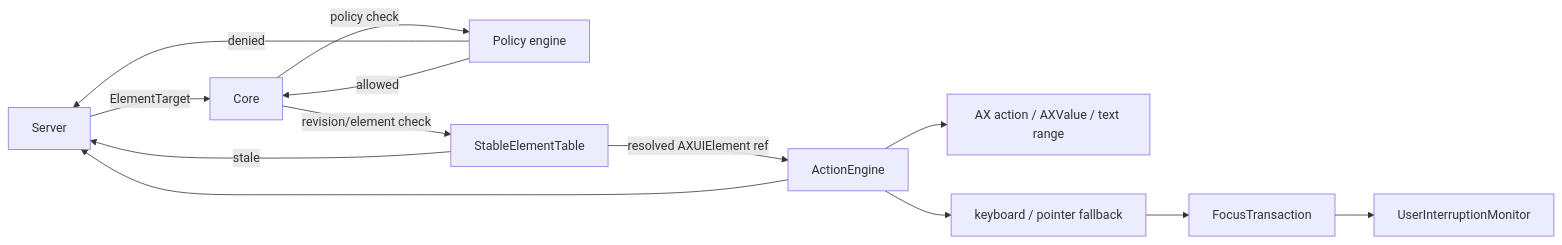
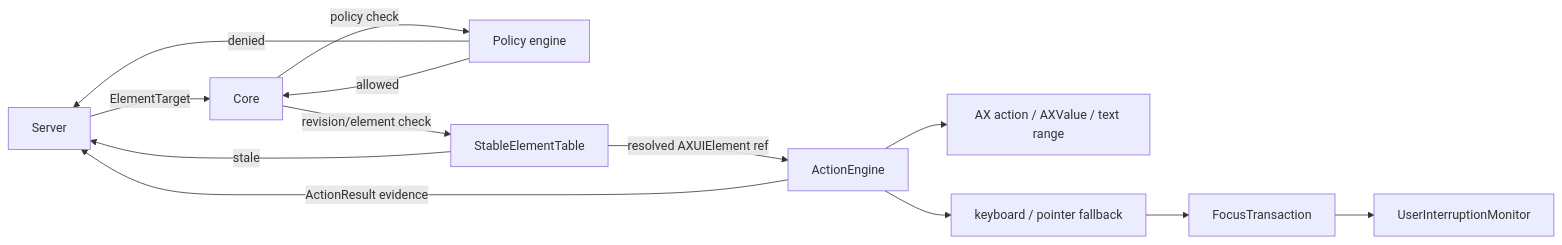
Before and after one commit to watzon/semantouch: the second of 2 diagrams in docs/ARCHITECTURE.md, drawn with Mermaid. The commit also changed other lines of this file and 210 other files, not shown here.

````diff
--- a/docs/ARCHITECTURE.md
+++ b/docs/ARCHITECTURE.md
@@ -67,15 +121,15 @@
 ```mermaid
 flowchart LR
     Server -->|ElementTarget| Core
     Core -->|policy check| Policy[Policy engine]
     Policy -->|denied| Server
     Policy -->|allowed| Core
     Core -->|revision/element check| Cache[StableElementTable]
     Cache -->|stale| Server
     Cache -->|resolved AXUIElement ref| ActionEngine
     ActionEngine --> Semantic[AX action / AXValue / text range]
     ActionEngine --> Fallback[keyboard / pointer fallback]
     Fallback --> Focus[FocusTransaction]
     Focus --> Interrupt[UserInterruptionMonitor]
-    ActionEngine --> Server
+    ActionEngine -->|ActionResult evidence| Server
 ```
````
